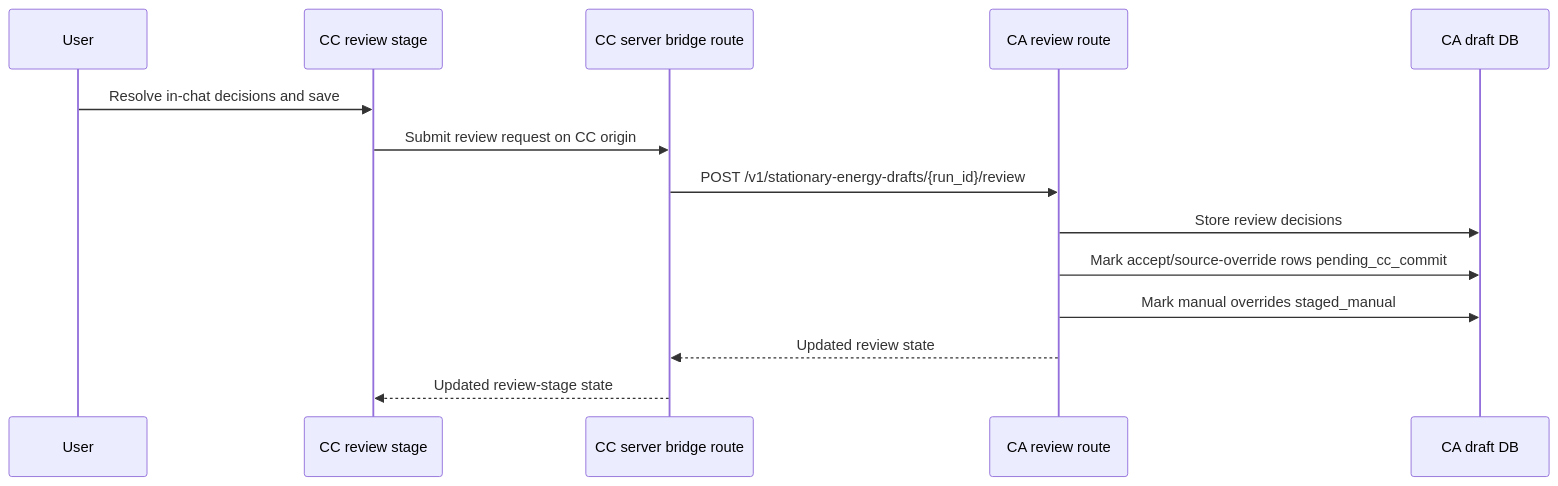
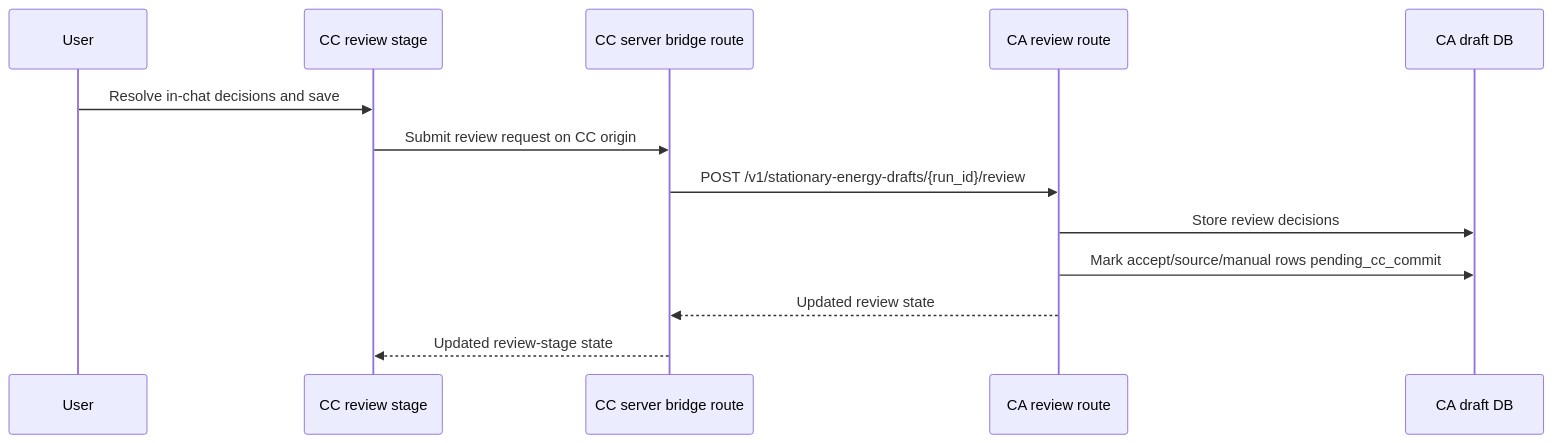
The third of 6 diagrams in docs/plan.md (Open-Earth-Foundation/CityCatalyst), drawn with Mermaid before and after one commit. The commit also changed other lines of this file and 16 other files, not shown here.

Commit message:
fix(stationary-energy): secure draft auth and save manual overrides

````diff
--- a/docs/plan.md
+++ b/docs/plan.md
@@ -418,17 +418,16 @@
 ```mermaid
 sequenceDiagram
   participant User
   participant CCReview as CC review stage
   participant CCRoute as CC server bridge route
   participant CA as CA review route
   participant CADB as CA draft DB
 
   User->>CCReview: Resolve in-chat decisions and save
   CCReview->>CCRoute: Submit review request on CC origin
   CCRoute->>CA: POST /v1/stationary-energy-drafts/{run_id}/review
   CA->>CADB: Store review decisions
-  CA->>CADB: Mark accept/source-override rows pending_cc_commit
-  CA->>CADB: Mark manual overrides staged_manual
+  CA->>CADB: Mark accept/source/manual rows pending_cc_commit
   CA-->>CCRoute: Updated review state
   CCRoute-->>CCReview: Updated review-stage state
 ```
````
